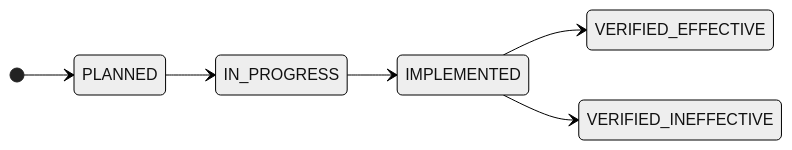
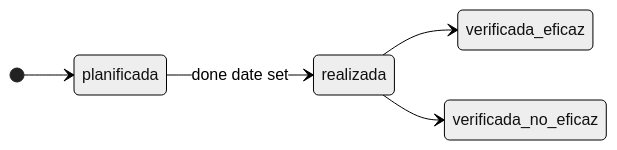
The third of 3 diagrams in docs/iso-9001-gap-analysis.md (constant1n0/iso9001), drawn with Mermaid (neutral theme) before and after one commit. The commit also changed other lines of this file and 2 other files, not shown here.

````diff
--- a/docs/iso-9001-gap-analysis.md
+++ b/docs/iso-9001-gap-analysis.md
@@ -193,9 +250,8 @@
 ```mermaid
 stateDiagram-v2
     direction LR
-    [*] --> PLANNED
-    PLANNED --> IN_PROGRESS
-    IN_PROGRESS --> IMPLEMENTED
-    IMPLEMENTED --> VERIFIED_EFFECTIVE
-    IMPLEMENTED --> VERIFIED_INEFFECTIVE
+    [*] --> planificada
+    planificada --> realizada: done date set
+    realizada --> verificada_eficaz
+    realizada --> verificada_no_eficaz
 ```
````
